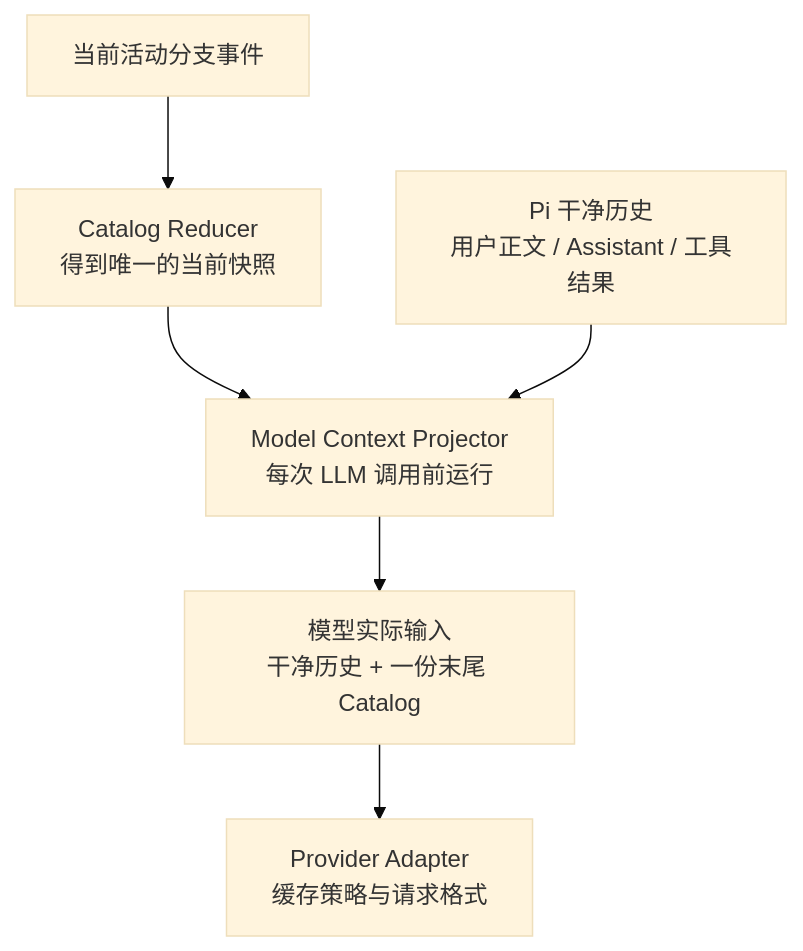
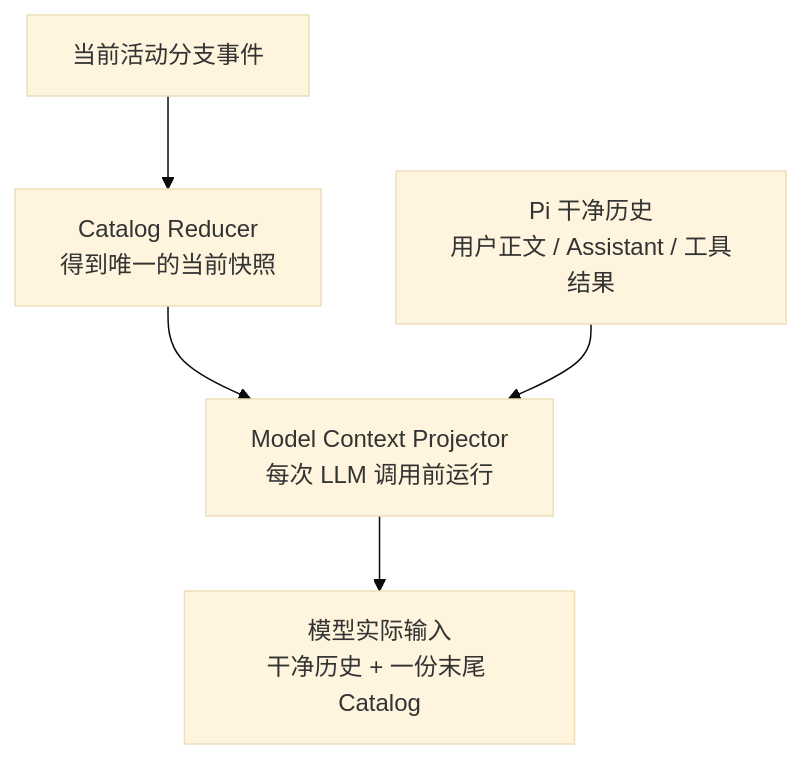
Before and after one commit to Floribunda1/reflecta: the third of 3 diagrams in docs/references/technical/biz/agent/citation.md, drawn with Mermaid (base theme). The commit also changed other lines of this file and 3 other files, not shown here.

````diff
--- a/docs/references/technical/biz/agent/citation.md
+++ b/docs/references/technical/biz/agent/citation.md
@@ -218,15 +216,13 @@
 ```mermaid
 flowchart TD
   Branch["当前活动分支事件"]
   Reduce["Catalog Reducer\n得到唯一的当前快照"]
   History["Pi 干净历史\n用户正文 / Assistant / 工具结果"]
   Projector["Model Context Projector\n每次 LLM 调用前运行"]
   ModelInput["模型实际输入\n干净历史 + 一份末尾 Catalog"]
-  Provider["Provider Adapter\n缓存策略与请求格式"]
 
   Branch --> Reduce
   Reduce --> Projector
   History --> Projector
   Projector --> ModelInput
-  ModelInput --> Provider
 ```
````
